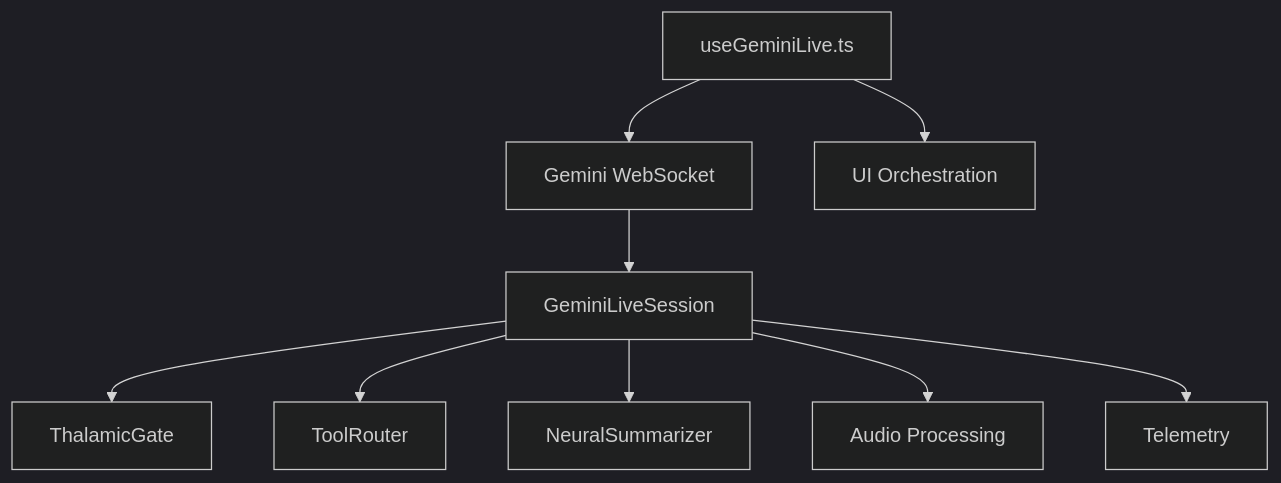
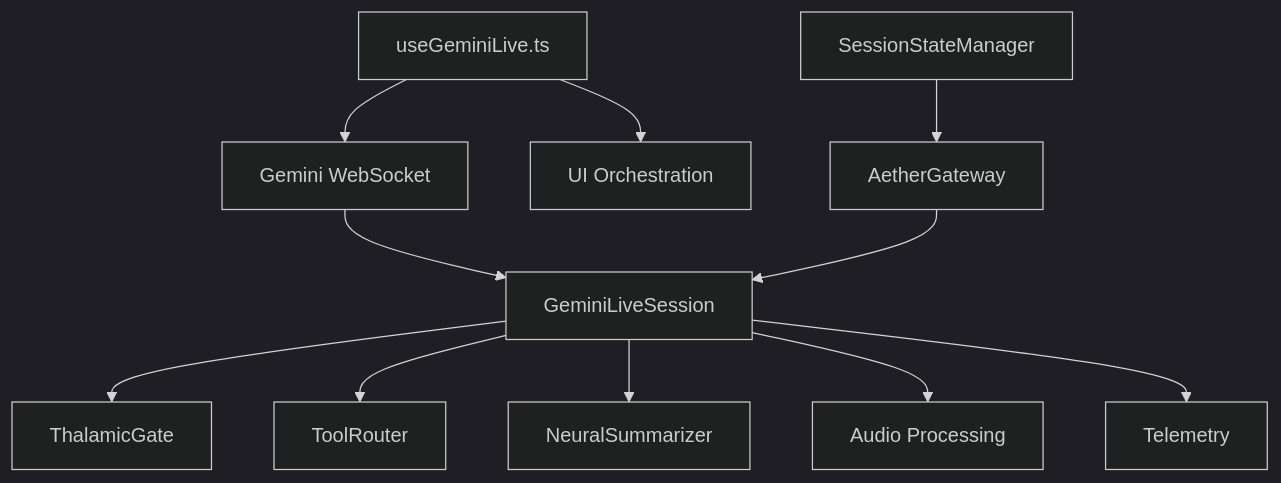
The ninth of 9 diagrams in .qoder/repowiki/en/content/AI Integration Layer/Gemini Live API Integration/Gemini Live API Integration.md (Moeabdelaziz007/Aether-Voice-OS), drawn with Mermaid (dark theme) before and after one commit. The commit also changed other lines of this file and 29 other files, not shown here.

````diff
--- a/.qoder/repowiki/en/content/AI Integration Layer/Gemini Live API Integration/Gemini Live API Integration.md
+++ b/.qoder/repowiki/en/content/AI Integration Layer/Gemini Live API Integration/Gemini Live API Integration.md
@@ -340,11 +391,13 @@
 ```mermaid
 graph TB
 FE["useGeminiLive.ts"] --> WS["Gemini WebSocket"]
 FE --> UI["UI Orchestration"]
 WS --> BE["GeminiLiveSession"]
 BE --> TG["ThalamicGate"]
 BE --> TR["ToolRouter"]
 BE --> SUM["NeuralSummarizer"]
 BE --> AUD["Audio Processing"]
 BE --> TLM["Telemetry"]
+SS["SessionStateManager"] --> GW["AetherGateway"]
+GW --> BE
 ```
````
